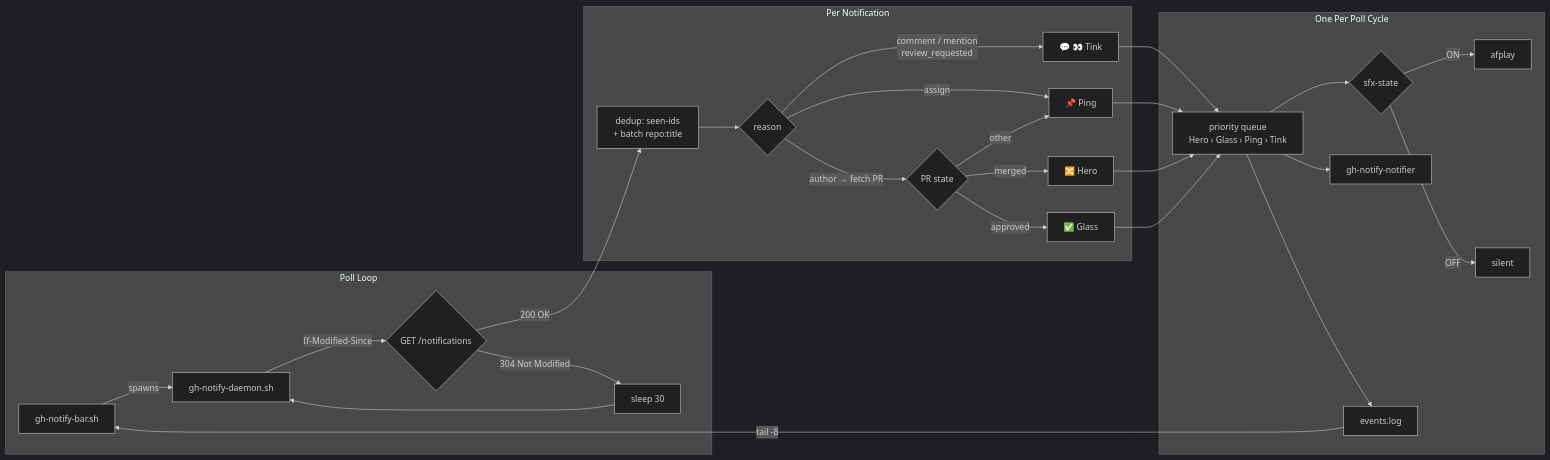
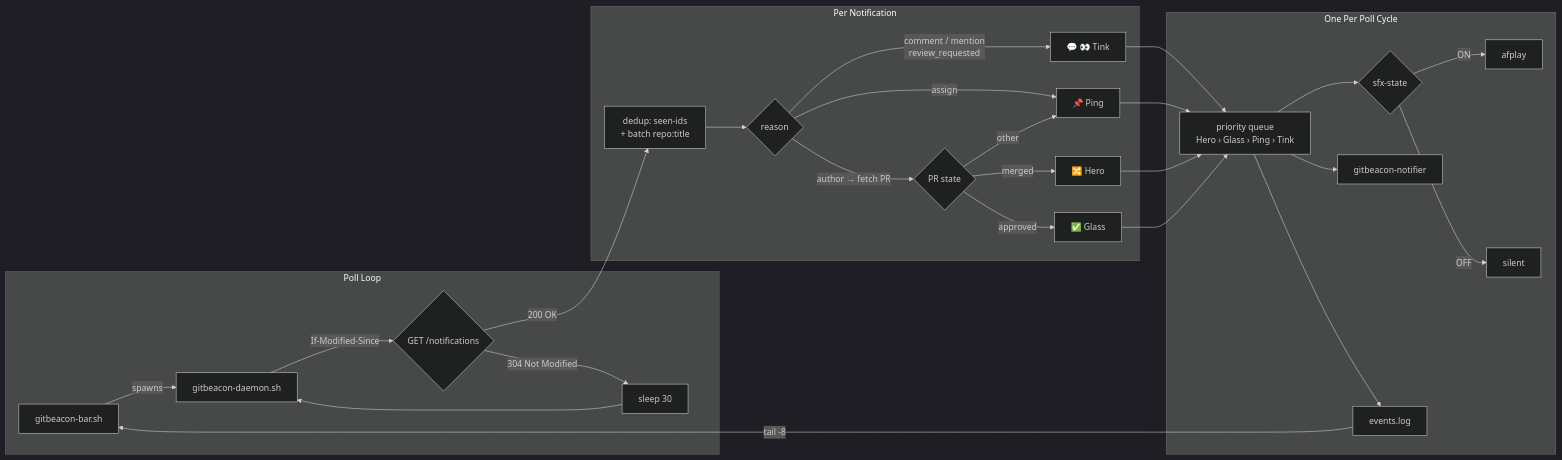
The diagram in README.md (joryeugene/gh-notify), drawn with Mermaid (dark theme) before and after one commit. The commit also changed other lines of this file, not shown here.

First line of the commit message:
chore: rename gh-notify → gitbeacon

````diff
--- a/README.md
+++ b/README.md
@@ -98,34 +98,34 @@
 ```mermaid
 flowchart LR
     subgraph loop["Poll Loop"]
-        BAR[gh-notify-bar.sh] -->|spawns| DAEMON[gh-notify-daemon.sh]
+        BAR[gitbeacon-bar.sh] -->|spawns| DAEMON[gitbeacon-daemon.sh]
         DAEMON -->|If-Modified-Since| POLL{GET /notifications}
         POLL -->|304 Not Modified| SLEEP[sleep 30]
         SLEEP --> DAEMON
     end
 
     subgraph classify["Per Notification"]
         FILTER["dedup: seen-ids\n+ batch repo:title"] --> R{reason}
         R -->|"comment / mention\nreview_requested"| TINK["💬 👀  Tink"]
         R -->|assign| PING["📌 Ping"]
         R -->|author → fetch PR| STATE{PR state}
         STATE -->|merged| HERO["🔀 Hero"]
         STATE -->|approved| GLASS["✅ Glass"]
         STATE -->|other| PING
     end
 
     subgraph dispatch["One Per Poll Cycle"]
         Q["priority queue\nHero › Glass › Ping › Tink"] --> GATE{sfx-state}
         GATE -->|ON| SOUND[afplay]
         GATE -->|OFF| MUTE[silent]
-        Q --> POPUP[gh-notify-notifier]
+        Q --> POPUP[gitbeacon-notifier]
         Q --> LOG[events.log]
     end
 
     POLL -->|200 OK| FILTER
     TINK --> Q
     PING --> Q
     HERO --> Q
     GLASS --> Q
     LOG -->|tail -8| BAR
 ```
````
